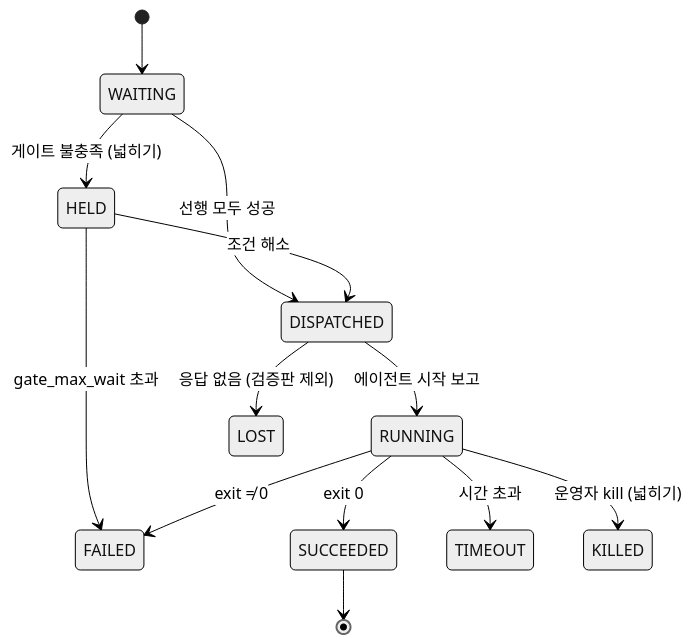
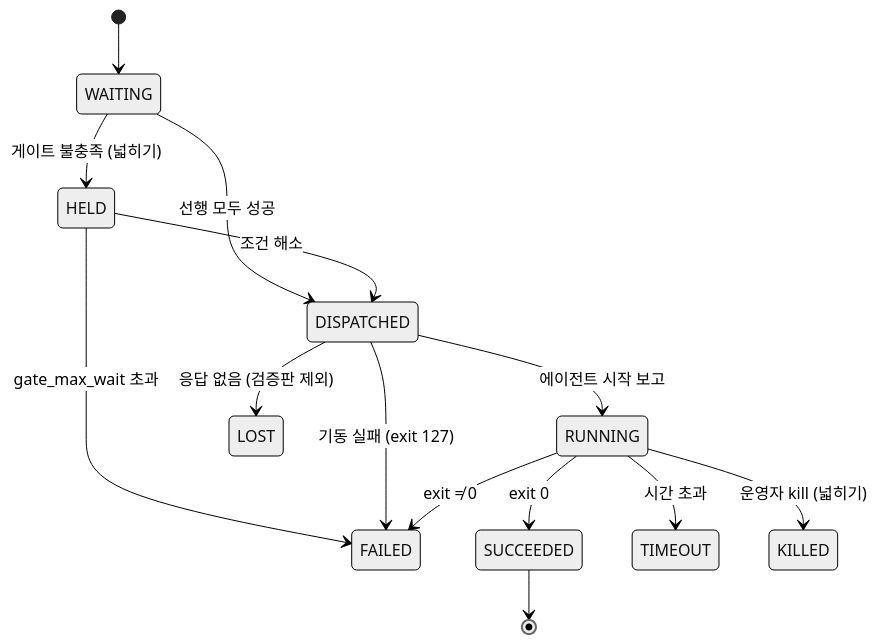
The third of 3 diagrams in docs/02-mvp-architecture.md (bulletgirls/contune), drawn with Mermaid (neutral theme) before and after one commit. The commit also changed other lines of this file and 11 other files, not shown here.

````diff
--- a/docs/02-mvp-architecture.md
+++ b/docs/02-mvp-architecture.md
@@ -615,15 +813,16 @@
 ```mermaid
 stateDiagram-v2
   [*] --> WAITING
   WAITING --> DISPATCHED: 선행 모두 성공
   WAITING --> HELD: 게이트 불충족 (넓히기)
   HELD --> DISPATCHED: 조건 해소
   HELD --> FAILED: gate_max_wait 초과
   DISPATCHED --> RUNNING: 에이전트 시작 보고
+  DISPATCHED --> FAILED: 기동 실패 (exit 127)
   DISPATCHED --> LOST: 응답 없음 (검증판 제외)
   RUNNING --> SUCCEEDED: exit 0
   RUNNING --> FAILED: exit ≠ 0
   RUNNING --> TIMEOUT: 시간 초과
   RUNNING --> KILLED: 운영자 kill (넓히기)
   SUCCEEDED --> [*]
 ```
````
